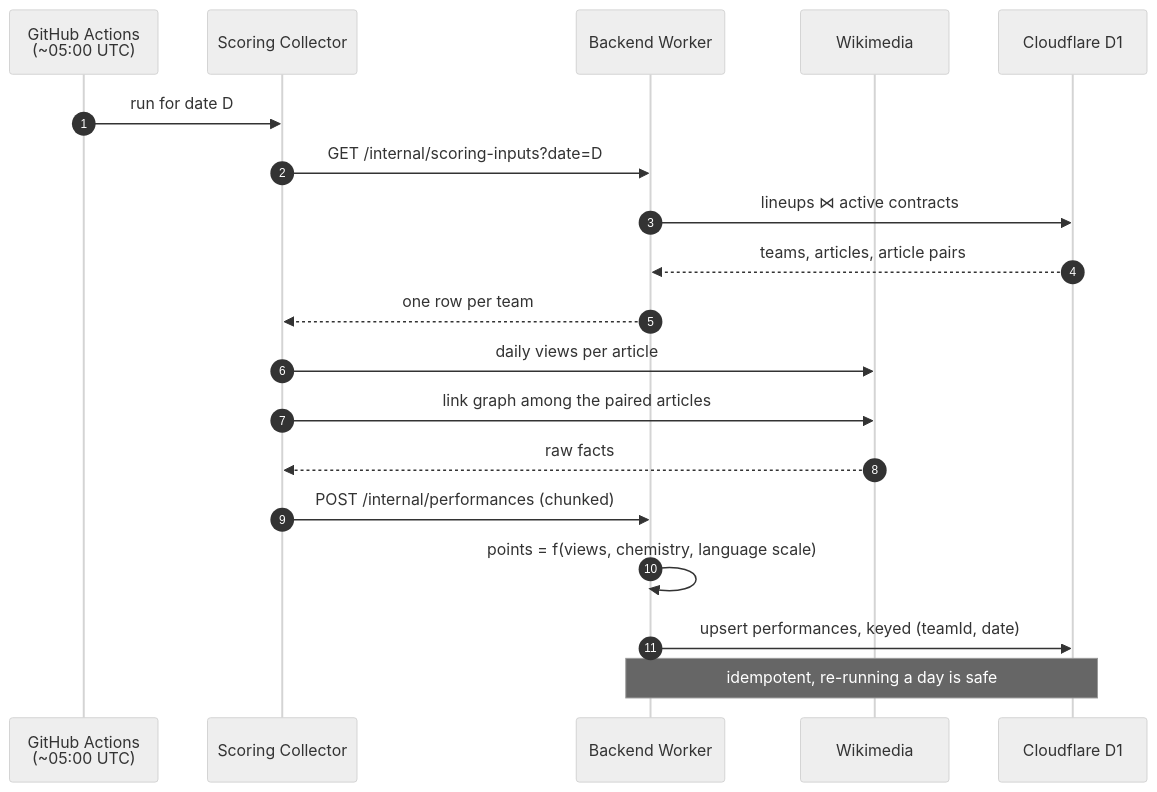
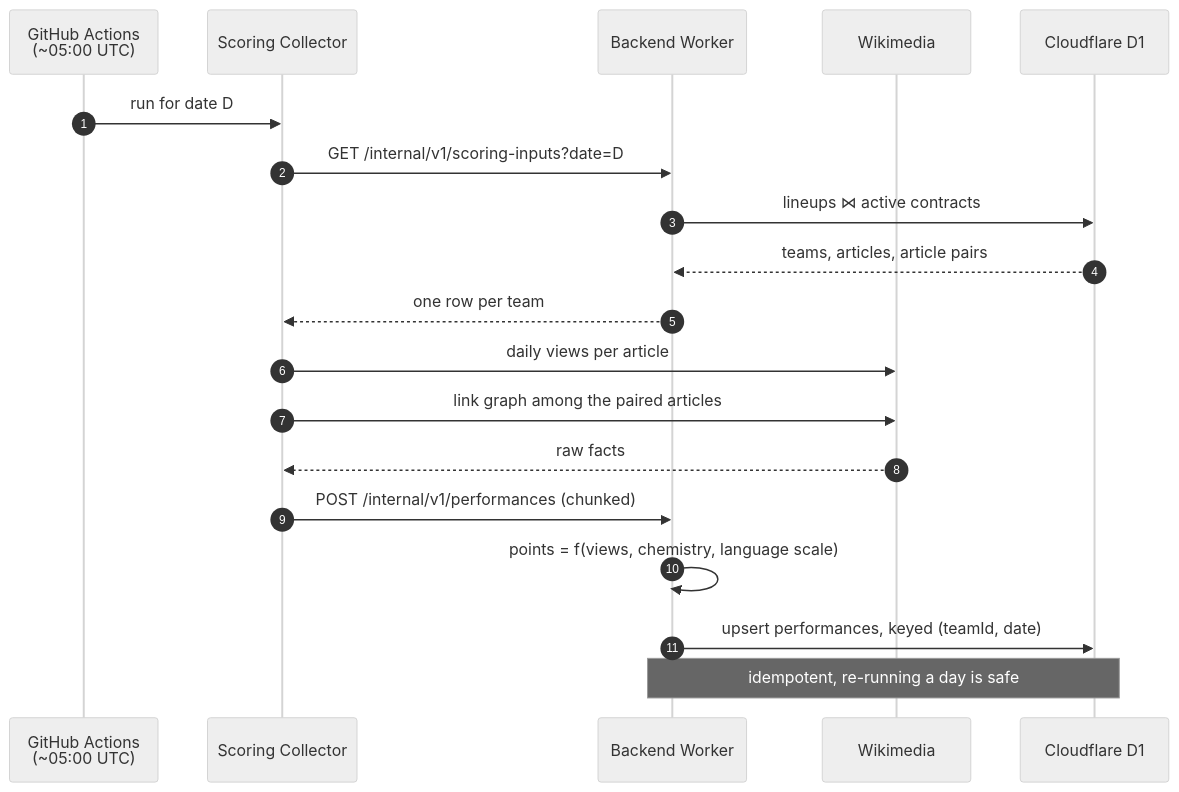
The third of 3 diagrams in docs/site/pages/overview/what-is-fantasywiki.md (FantasyWiki/FantasyWiki), drawn with Mermaid (neutral theme) before and after one commit. The commit also changed 49 other files, not shown here.

````diff
--- a/docs/site/pages/overview/what-is-fantasywiki.md
+++ b/docs/site/pages/overview/what-is-fantasywiki.md
@@ -108,22 +108,22 @@
 ```mermaid
 sequenceDiagram
   autonumber
   participant CRON as GitHub Actions<br/>(~05:00 UTC)
   participant COL as Scoring Collector
   participant BE as Backend Worker
   participant WM as Wikimedia
   participant DB as Cloudflare D1
 
   CRON->>COL: run for date D
-  COL->>BE: GET /internal/scoring-inputs?date=D
+  COL->>BE: GET /internal/v1/scoring-inputs?date=D
   BE->>DB: lineups ⋈ active contracts
   DB-->>BE: teams, articles, article pairs
   BE-->>COL: one row per team
   COL->>WM: daily views per article
   COL->>WM: link graph among the paired articles
   WM-->>COL: raw facts
-  COL->>BE: POST /internal/performances (chunked)
+  COL->>BE: POST /internal/v1/performances (chunked)
   BE->>BE: points = f(views, chemistry, language scale)
   BE->>DB: upsert performances, keyed (teamId, date)
   Note over BE,DB: idempotent, re-running a day is safe
 ```
````
